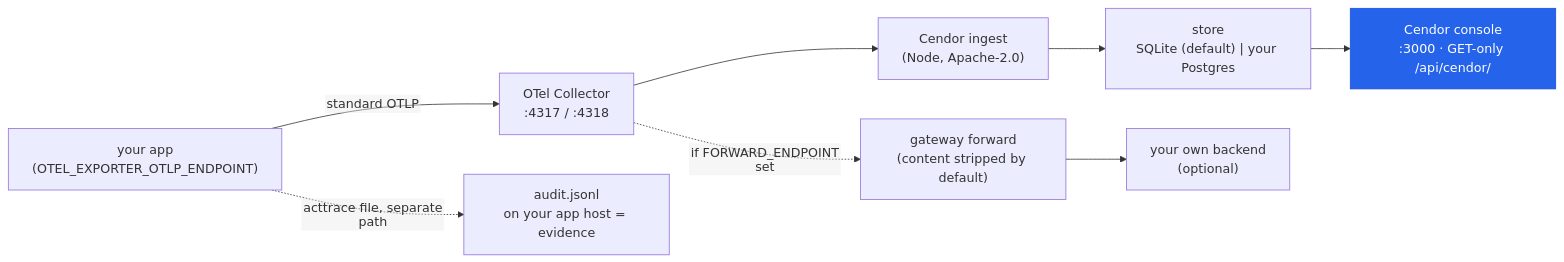
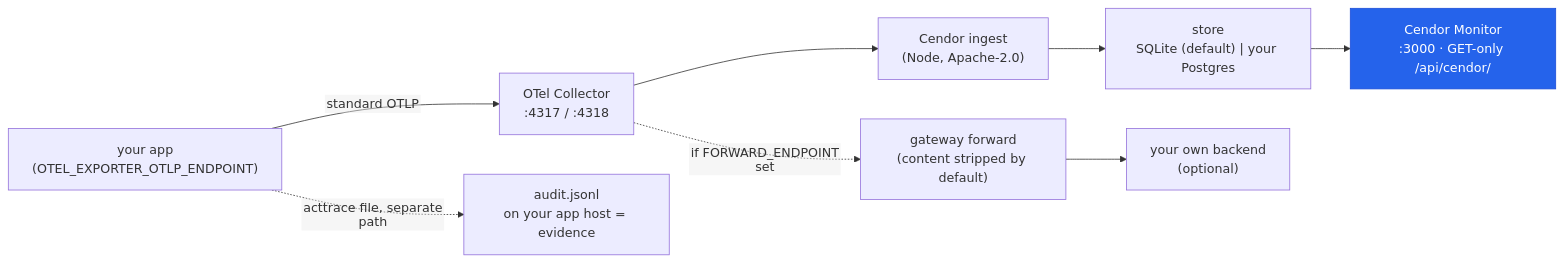
The diagram in docs/monitor.md (cendorhq/cendor-libs), drawn with Mermaid before and after one commit. The commit also changed other lines of this file and 9 other files, not shown here.

````diff
--- a/docs/monitor.md
+++ b/docs/monitor.md
@@ -165,20 +155,20 @@
 ```mermaid
 %%{init: {"flowchart": {"htmlLabels": false}} }%%
 graph LR
     APP["your app<br/>(OTEL_EXPORTER_OTLP_ENDPOINT)"]
     COL["OTel Collector<br/>:4317 / :4318"]
     ING["Cendor ingest<br/>(Node, Apache-2.0)"]
     STORE["store<br/>SQLite (default) | your Postgres"]
-    CON["Cendor console<br/>:3000 · GET-only /api/cendor/"]
+    CON["Cendor Monitor<br/>:3000 · GET-only /api/cendor/"]
     FWD["gateway forward<br/>(content stripped by default)"]
     BACKEND["your own backend<br/>(optional)"]
     FILE["audit.jsonl<br/>on your app host = evidence"]
 
     APP -->|standard OTLP| COL
     COL --> ING --> STORE --> CON
     COL -.->|"if FORWARD_ENDPOINT set"| FWD --> BACKEND
     APP -.->|"acttrace file, separate path"| FILE
 
     classDef ev fill:#2563EB,color:#fff,stroke:#1D4ED8;
     class CON ev;
 ```
````
